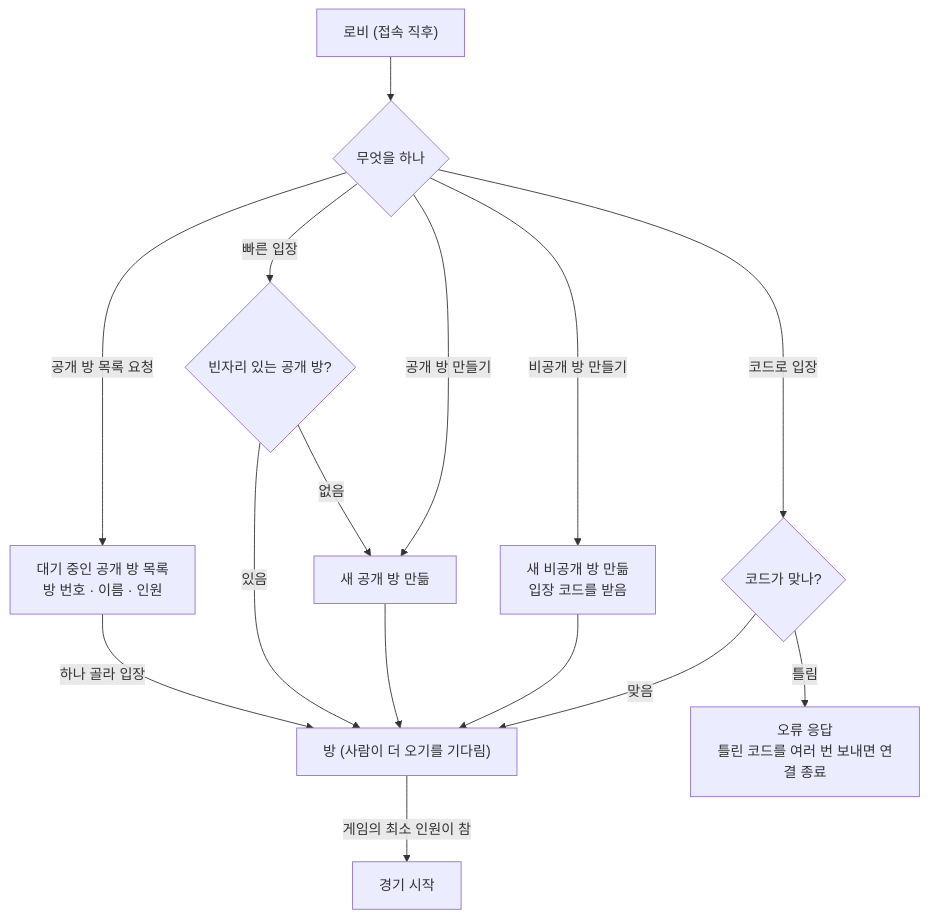
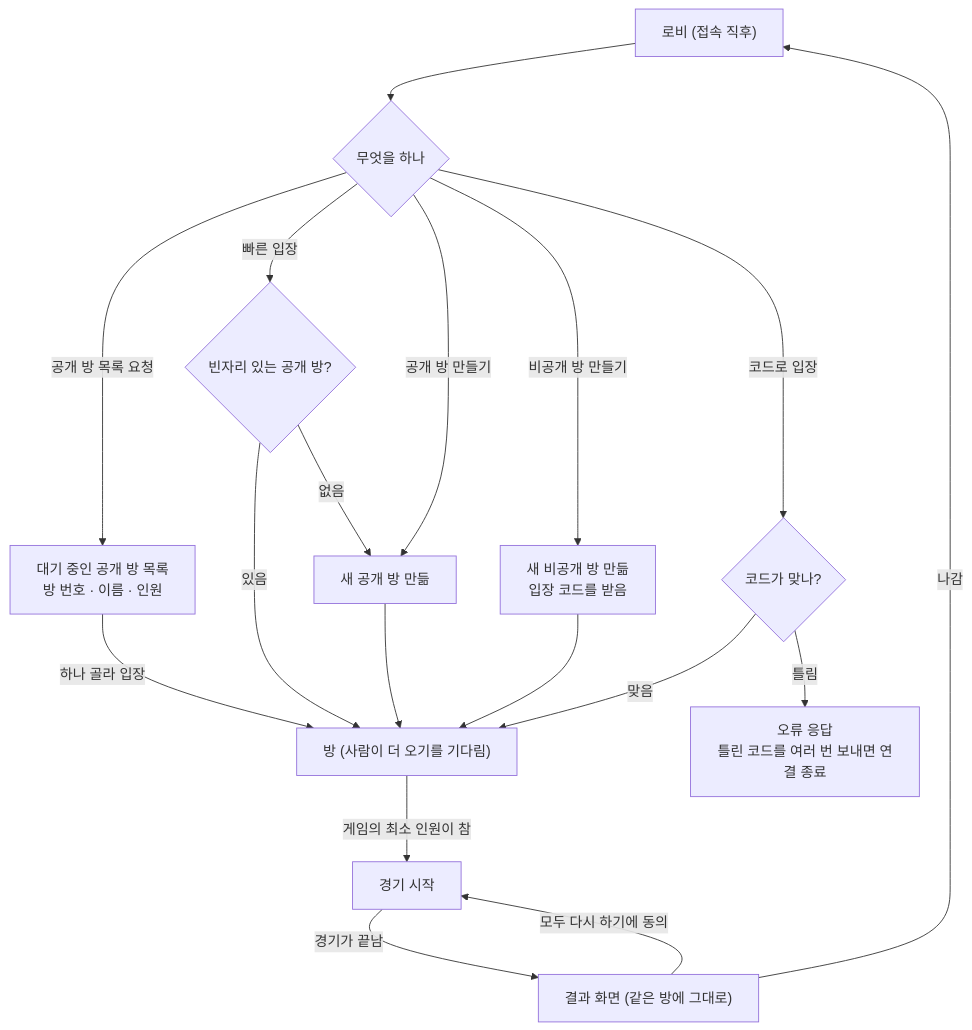
The fourth of 4 diagrams in docs/overview.md (JustForLabor/Relay-Server-Practice), drawn with Mermaid before and after one commit. The commit also changed other lines of this file and 3 other files, not shown here.

````diff
--- a/docs/overview.md
+++ b/docs/overview.md
@@ -223,15 +223,18 @@
 ```mermaid
 flowchart TB
     L["로비 (접속 직후)"] --> Q{"무엇을 하나"}
     Q -->|공개 방 목록 요청| LIST["대기 중인 공개 방 목록<br/>방 번호 · 이름 · 인원"]
     LIST -->|하나 골라 입장| ROOM["방 (사람이 더 오기를 기다림)"]
     Q -->|빠른 입장| AUTO{"빈자리 있는 공개 방?"}
     AUTO -->|있음| ROOM
     AUTO -->|없음| NEWPUB["새 공개 방 만듦"] --> ROOM
     Q -->|공개 방 만들기| NEWPUB
     Q -->|비공개 방 만들기| NEWPRI["새 비공개 방 만듦<br/>입장 코드를 받음"] --> ROOM
     Q -->|코드로 입장| CODE{"코드가 맞나?"}
     CODE -->|맞음| ROOM
     CODE -->|틀림| ERR["오류 응답<br/>틀린 코드를 여러 번 보내면 연결 종료"]
     ROOM -->|게임의 최소 인원이 참| PLAY["경기 시작"]
+    PLAY -->|경기가 끝남| DONE["결과 화면 (같은 방에 그대로)"]
+    DONE -->|모두 다시 하기에 동의| PLAY
+    DONE -->|나감| L
 ```
````
